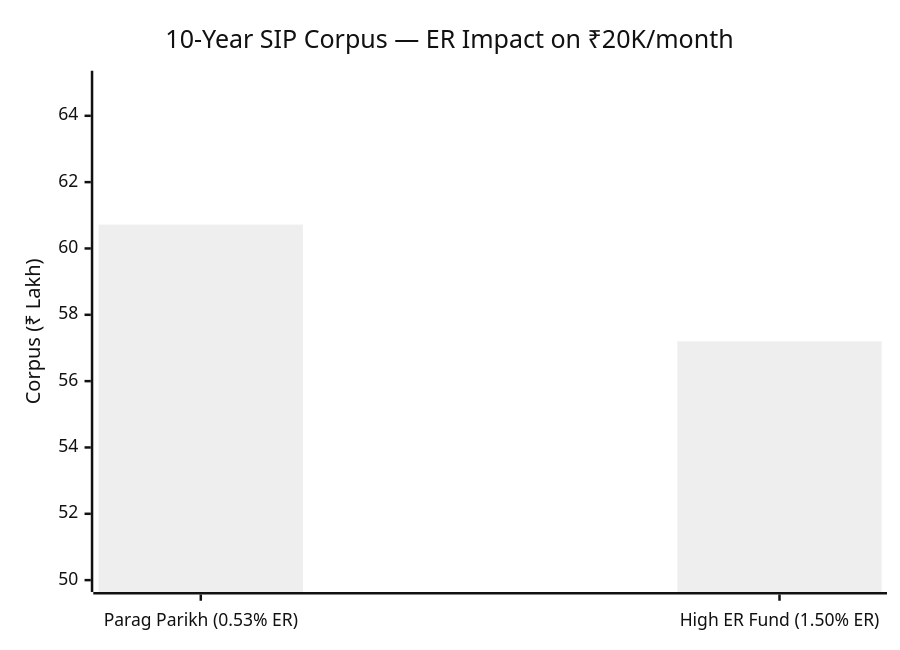
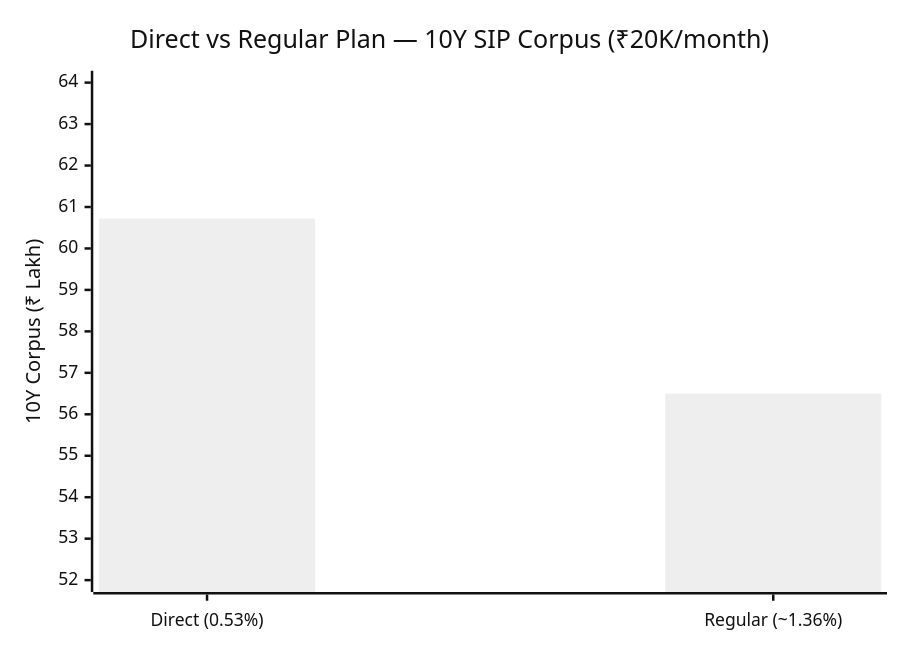
Before and after one commit to mayankutkarsh334/Investment: the third of 11 diagrams in Mutual Fund/FlexiCap/funds/parag_parikh/module4_cost.md, drawn with Mermaid (neutral theme). The commit also changed other lines of this file and 4 other files, not shown here.

First line of the commit message:
feat: complete deep-study modules 2–6 for Parag Parikh Flexi Cap Fund

````diff
--- a/Mutual Fund/FlexiCap/funds/parag_parikh/module4_cost.md
+++ b/Mutual Fund/FlexiCap/funds/parag_parikh/module4_cost.md
@@ -28,7 +58,7 @@
 ```mermaid
 xychart-beta
-    title "10-Year SIP Corpus — ER Impact on ₹20K/month"
-    x-axis ["Parag Parikh (0.53% ER)", "High ER Fund (1.50% ER)"]
-    y-axis "Corpus (₹ Lakh)" 50 --> 65
-    bar [60.72, 57.20]
+    title "Direct vs Regular Plan — 10Y SIP Corpus (₹20K/month)"
+    x-axis ["Direct (0.53%)", "Regular (~1.36%)"]
+    y-axis "10Y Corpus (₹ Lakh)" 52 --> 64
+    bar [60.72, 56.50]
 ```
````
